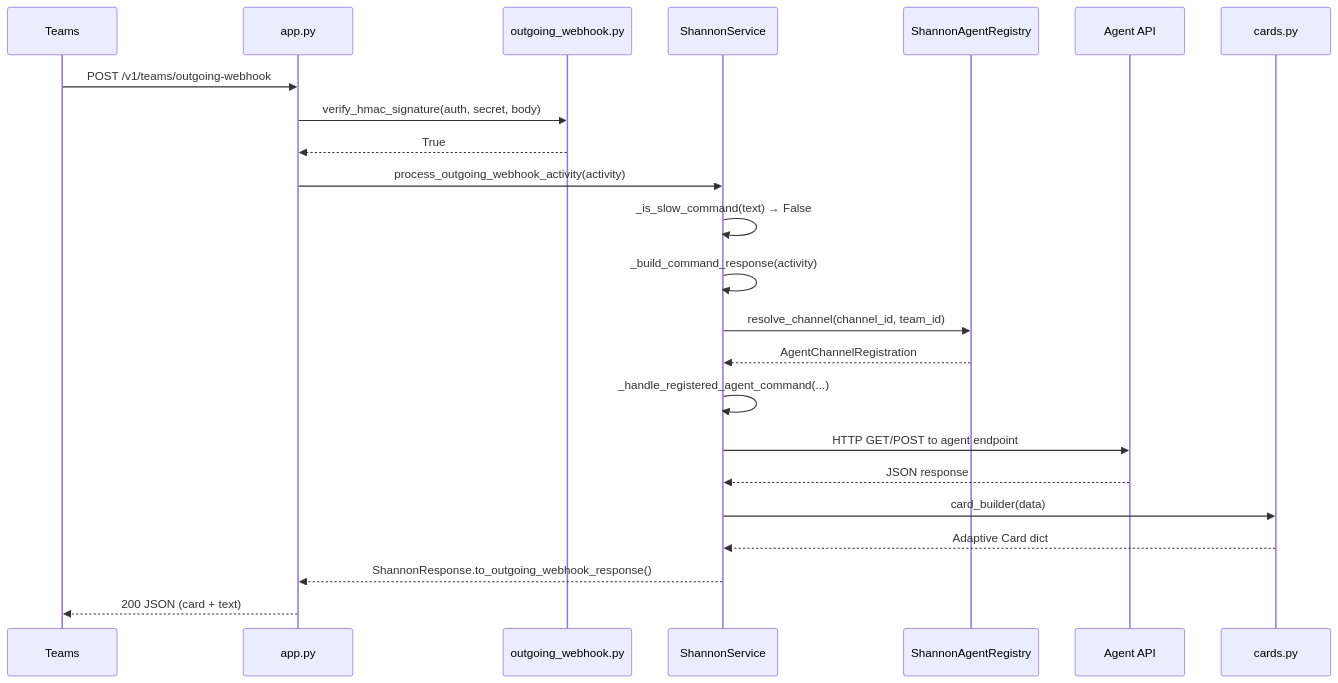
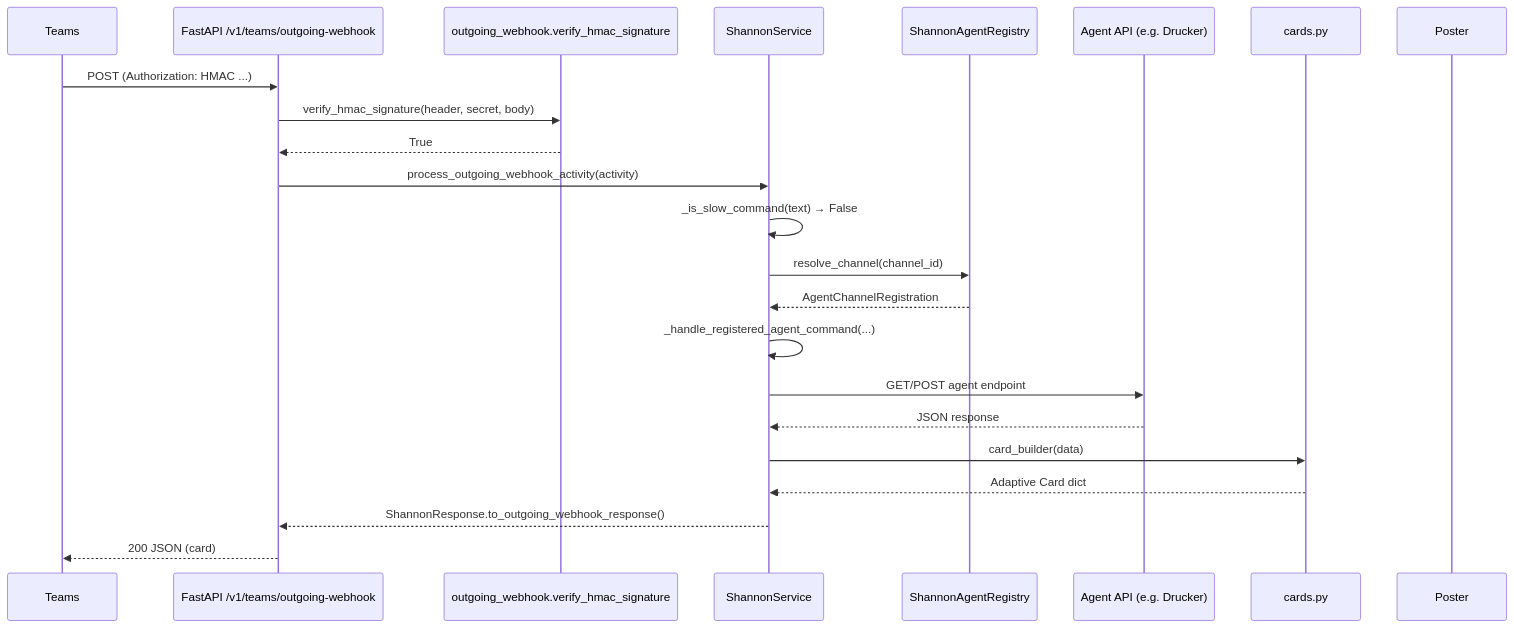
The second of 4 diagrams in docs/shannon.md (jmac-cornelis/agent-workforce), drawn with Mermaid before and after one commit. The commit also changed other lines of this file and 8 other files, not shown here.

````diff
--- a/docs/shannon.md
+++ b/docs/shannon.md
@@ -61,26 +47,26 @@
 ```mermaid
 sequenceDiagram
     participant T as Teams
-    participant A as app.py
-    participant O as outgoing_webhook.py
+    participant A as FastAPI /v1/teams/outgoing-webhook
+    participant OW as outgoing_webhook.verify_hmac_signature
     participant S as ShannonService
     participant R as ShannonAgentRegistry
-    participant AG as Agent API
+    participant AG as Agent API (e.g. Drucker)
     participant C as cards.py
+    participant P as Poster
 
-    T->>A: POST /v1/teams/outgoing-webhook
-    A->>O: verify_hmac_signature(auth, secret, body)
-    O-->>A: True
+    T->>A: POST (Authorization: HMAC ...)
+    A->>OW: verify_hmac_signature(header, secret, body)
+    OW-->>A: True
     A->>S: process_outgoing_webhook_activity(activity)
     S->>S: _is_slow_command(text) → False
-    S->>S: _build_command_response(activity)
-    S->>R: resolve_channel(channel_id, team_id)
+    S->>R: resolve_channel(channel_id)
     R-->>S: AgentChannelRegistration
     S->>S: _handle_registered_agent_command(...)
-    S->>AG: HTTP GET/POST to agent endpoint
+    S->>AG: GET/POST agent endpoint
     AG-->>S: JSON response
     S->>C: card_builder(data)
     C-->>S: Adaptive Card dict
     S-->>A: ShannonResponse.to_outgoing_webhook_response()
-    A-->>T: 200 JSON (card + text)
+    A-->>T: 200 JSON (card)
 ```
````
